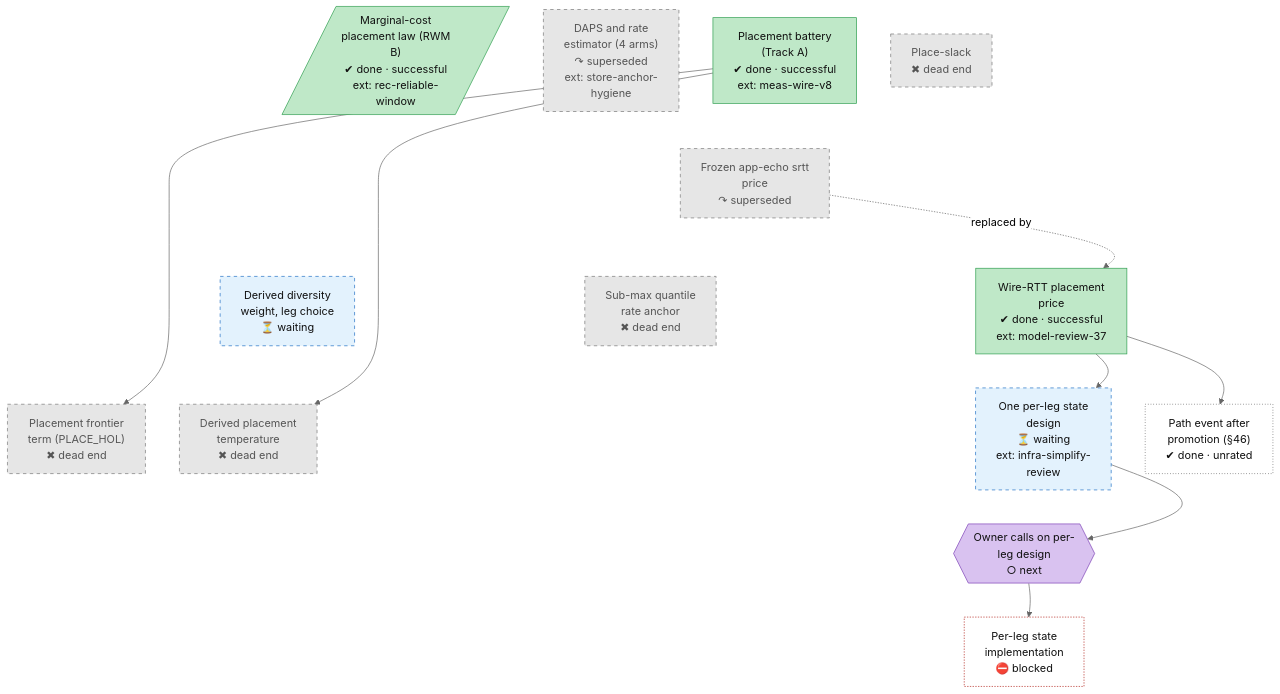
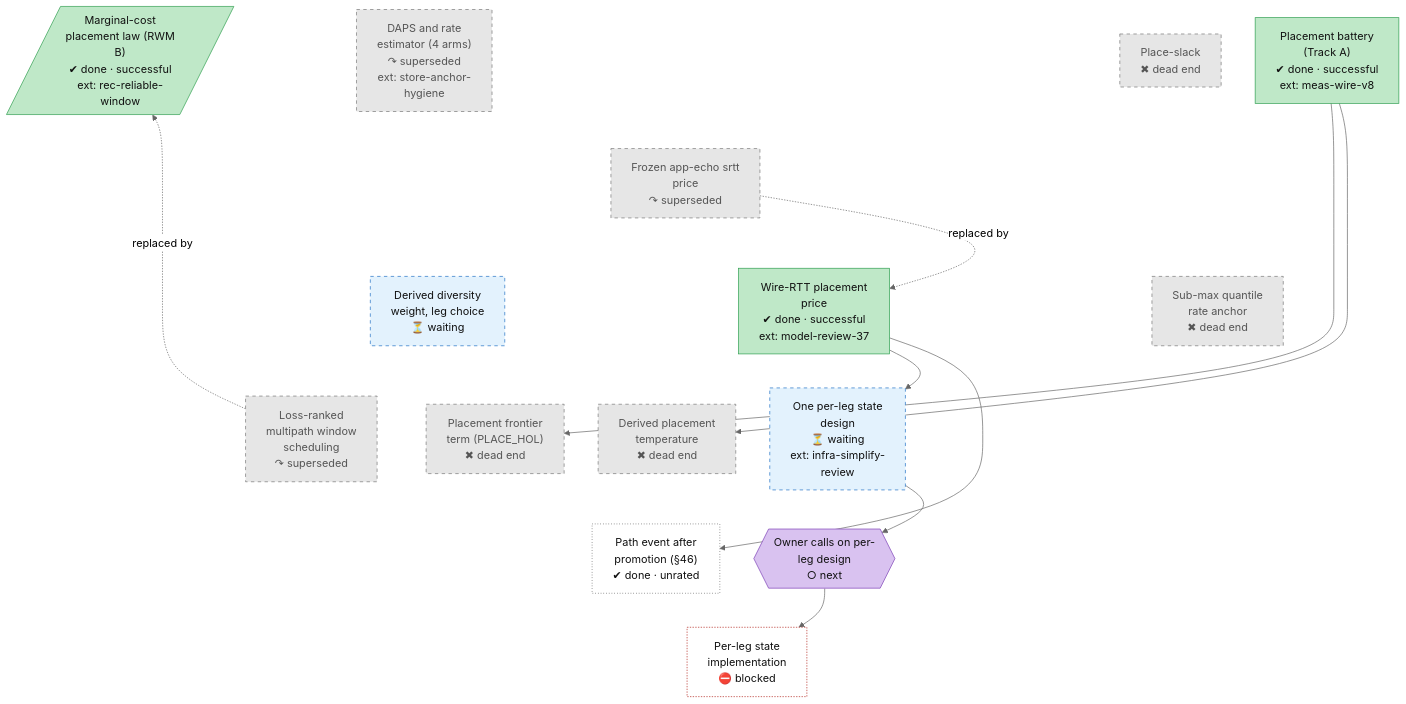
The diagram in docs/roadmap/tracks/place.md (lhns/raptorpath), drawn with Mermaid (neutral theme) before and after one commit. The commit also changed other lines of this file and 13 other files, not shown here.

Commit message:
roadmap: group missing history into nodes (ADR evidence, 22 new nodes, state fixes); rerun audit

```diff
--- a/docs/roadmap/tracks/place.md
+++ b/docs/roadmap/tracks/place.md
@@ -23,6 +23,7 @@
     place_path_event["Path event after<br/>promotion (#167;46)<br/>✔ done · unrated"]
     place_user_perleg_questions{{"Owner calls on per-<br/>leg design<br/>○ next"}}
     place_per_leg_impl["Per-leg state<br/>implementation<br/>⛔ blocked"]
+    place_early_window_sched["Loss-ranked<br/>multipath window<br/>scheduling<br/>↷ superseded"]
     place_marginal_cost ~~~ place_wdiv
     place_marginal_cost ~~~ place_frozen_echo
     place_marginal_cost ~~~ place_wire_price
@@ -39,26 +40,31 @@
     place_stage2_battery ~~~ place_frozen_echo
     place_stage2_battery ~~~ place_wire_price
     place_stage2_battery ~~~ place_submax_anchor
+    place_wdiv ~~~ place_early_window_sched
     place_wdiv ~~~ place_hol
     place_wdiv ~~~ place_t_derived
     place_wdiv ~~~ place_per_leg_state
-    place_wdiv ~~~ place_path_event
+    place_frozen_echo ~~~ place_early_window_sched
     place_frozen_echo ~~~ place_hol
     place_frozen_echo ~~~ place_t_derived
     place_frozen_echo ~~~ place_per_leg_state
-    place_frozen_echo ~~~ place_path_event
+    place_wire_price ~~~ place_early_window_sched
     place_wire_price ~~~ place_hol
     place_wire_price ~~~ place_t_derived
     place_wire_price ~~~ place_per_leg_state
-    place_wire_price ~~~ place_path_event
+    place_submax_anchor ~~~ place_early_window_sched
     place_submax_anchor ~~~ place_hol
     place_submax_anchor ~~~ place_t_derived
     place_submax_anchor ~~~ place_per_leg_state
-    place_submax_anchor ~~~ place_path_event
+    place_early_window_sched ~~~ place_path_event
+    place_early_window_sched ~~~ place_user_perleg_questions
+    place_hol ~~~ place_path_event
     place_hol ~~~ place_user_perleg_questions
+    place_t_derived ~~~ place_path_event
     place_t_derived ~~~ place_user_perleg_questions
+    place_per_leg_state ~~~ place_path_event
     place_per_leg_state ~~~ place_user_perleg_questions
-    place_path_event ~~~ place_user_perleg_questions
+    place_path_event ~~~ place_per_leg_impl
     place_user_perleg_questions ~~~ place_per_leg_impl
     place_stage2_battery --> place_hol
     place_stage2_battery --> place_t_derived
@@ -67,6 +73,7 @@
     place_wire_price --> place_path_event
     place_per_leg_state --> place_user_perleg_questions
     place_user_perleg_questions --> place_per_leg_impl
+    place_early_window_sched -.->|replaced by| place_marginal_cost
     classDef vsucc fill:#2e9e4f,stroke:#1b6b34,color:#fff
     classDef succ fill:#bfe8c8,stroke:#2e9e4f,color:#111
     classDef mixed fill:#ffd37a,stroke:#c98a00,color:#111
@@ -81,7 +88,7 @@
     classDef defect fill:#ffe0b2,stroke:#d84315,stroke-width:2px,color:#111
     classDef waiting fill:#e3f2fd,stroke:#1f6fc5,stroke-dasharray:5 5,color:#111
     class place_marginal_cost,place_stage2_battery,place_wire_price succ
-    class place_daps,place_slack,place_hol,place_t_derived,place_frozen_echo,place_submax_anchor dead
+    class place_daps,place_slack,place_hol,place_t_derived,place_frozen_echo,place_submax_anchor,place_early_window_sched dead
     class place_wdiv,place_per_leg_state waiting
     class place_path_event unrated
     class place_user_perleg_questions userdec
```
